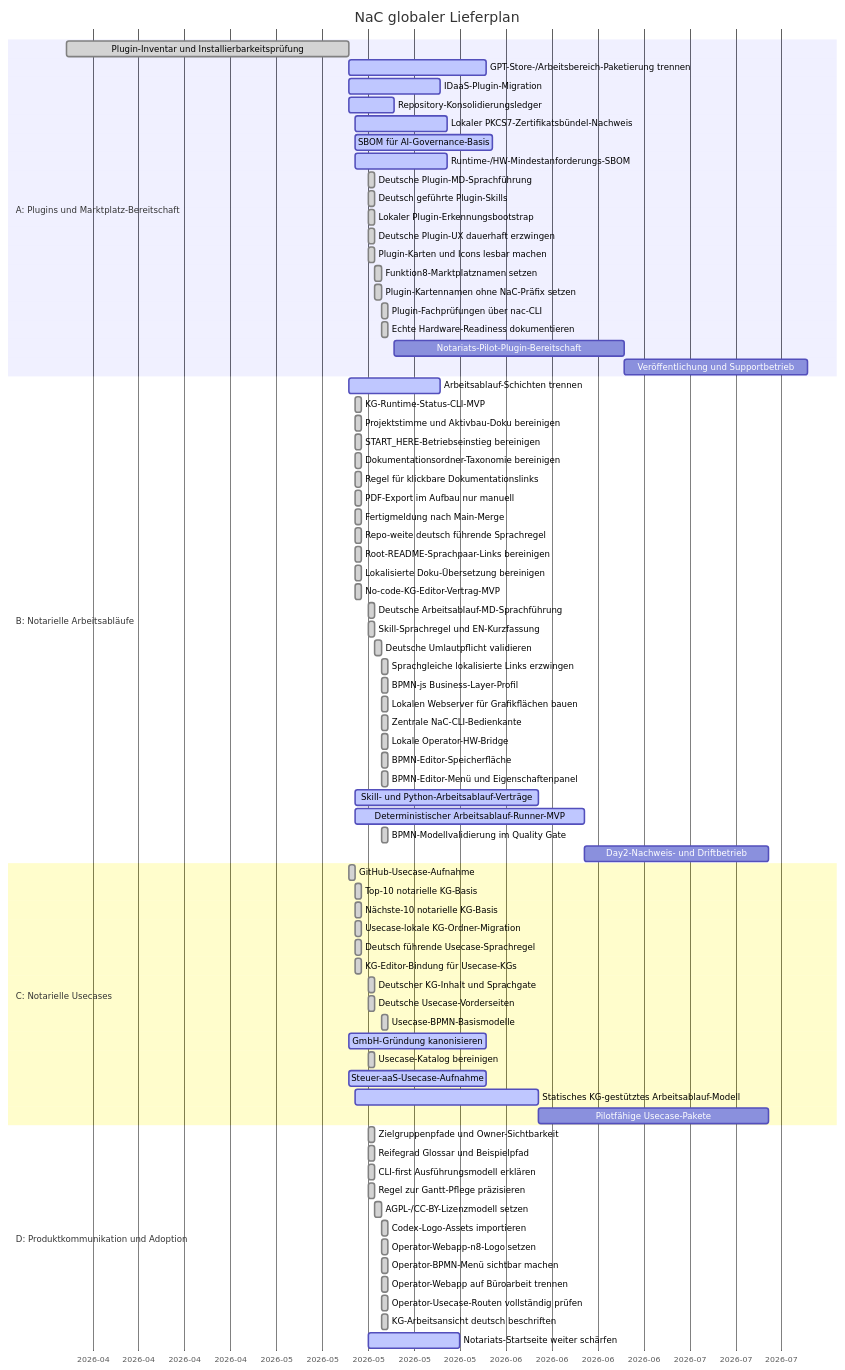
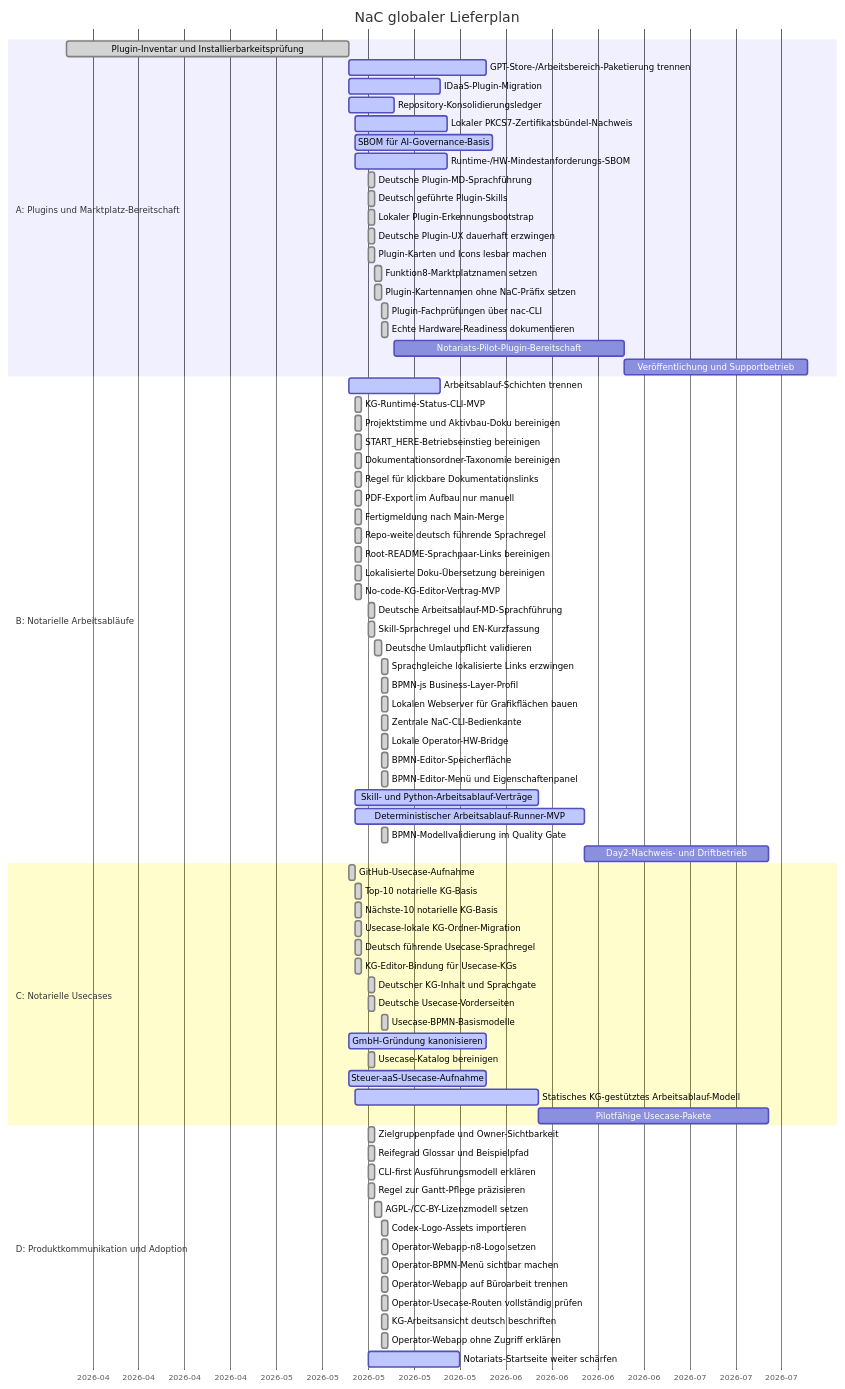
One commit to notariat8/NaC changed the diagram in roadmap/GANTT.md. Above: the diagram before and after it, drawn with Mermaid. The commit also changed other lines of this file and 14 other files, not shown here.

Commit message:
Document local operator webapp

````diff
--- a/roadmap/GANTT.md
+++ b/roadmap/GANTT.md
@@ -93,5 +93,6 @@
     Operator-Webapp auf Büroarbeit trennen       :done,    d1h, 2026-05-19, 1d
     Operator-Usecase-Routen vollständig prüfen   :done,    d1i, 2026-05-19, 1d
     KG-Arbeitsansicht deutsch beschriften        :done,    d1j, 2026-05-19, 1d
+    Operator-Webapp ohne Zugriff erklären        :done,    d1k, 2026-05-19, 1d
     Notariats-Startseite weiter schärfen        :active,  d2, 2026-05-17, 14d
 ```
````
